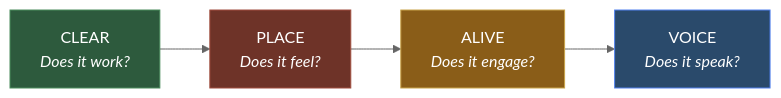
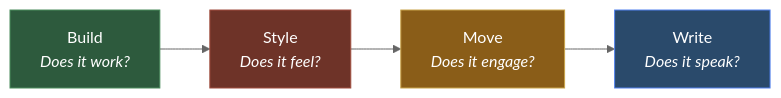
The second of 4 diagrams in README.md (akshansh/agentic-design-engineering), drawn with Mermaid (neutral theme) before and after one commit. The commit also changed other lines of this file and 78 other files, not shown here.

First line of the commit message:
Rename frameworks to build/style/move/write/audit/compound (v3.0)

````diff
--- a/README.md
+++ b/README.md
@@ -111,11 +111,11 @@
 ```mermaid
 graph LR
-    A["CLEAR<br/><i>Does it work?</i>"] --> B["PLACE<br/><i>Does it feel?</i>"]
-    B --> C["ALIVE<br/><i>Does it engage?</i>"]
-    C --> D["VOICE<br/><i>Does it speak?</i>"]
+    A["Build<br/><i>Does it work?</i>"] --> B["Style<br/><i>Does it feel?</i>"]
+    B --> C["Move<br/><i>Does it engage?</i>"]
+    C --> D["Write<br/><i>Does it speak?</i>"]
 
     style A fill:#2d5a3d,stroke:#4a8c5c,color:#fff
     style B fill:#6e3328,stroke:#a04d3e,color:#fff
     style C fill:#8a5d18,stroke:#c9a44a,color:#fff
     style D fill:#2a4a6b,stroke:#5282ef,color:#fff
 ```
````
